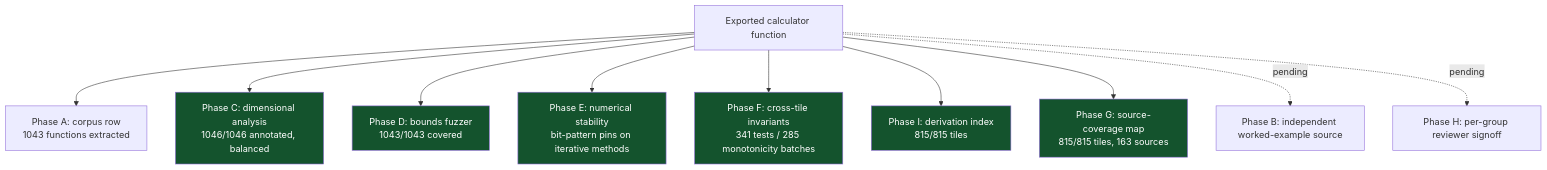
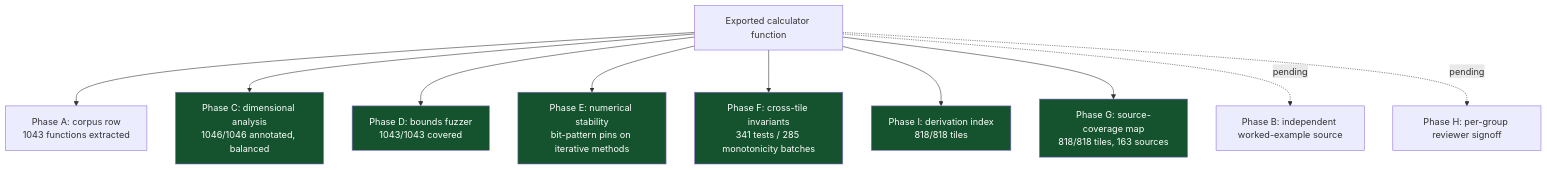
Before and after one commit to clay-good/roughlogic.com: the sixth of 8 diagrams in README.md, drawn with Mermaid. The commit also changed other lines of this file and 18 other files, not shown here.

````diff
--- a/README.md
+++ b/README.md
@@ -519,18 +519,18 @@
 ```mermaid
 flowchart TB
     F[Exported calculator function] --> A[Phase A: corpus row\n1043 functions extracted]
     F --> C[Phase C: dimensional analysis\n1046/1046 annotated, balanced]
     F --> D[Phase D: bounds fuzzer\n1043/1043 covered]
     F --> E[Phase E: numerical stability\nbit-pattern pins on iterative methods]
     F --> Fa[Phase F: cross-tile invariants\n341 tests / 285 monotonicity batches]
-    F --> I[Phase I: derivation index\n815/815 tiles]
-    F --> G[Phase G: source-coverage map\n815/815 tiles, 163 sources]
+    F --> I[Phase I: derivation index\n818/818 tiles]
+    F --> G[Phase G: source-coverage map\n818/818 tiles, 163 sources]
     F -.pending.-> B[Phase B: independent worked-example source]
     F -.pending.-> H[Phase H: per-group reviewer signoff]
     style C fill:#14532d,color:#fff
     style D fill:#14532d,color:#fff
     style E fill:#14532d,color:#fff
     style Fa fill:#14532d,color:#fff
     style G fill:#14532d,color:#fff
     style I fill:#14532d,color:#fff
 ```
````
